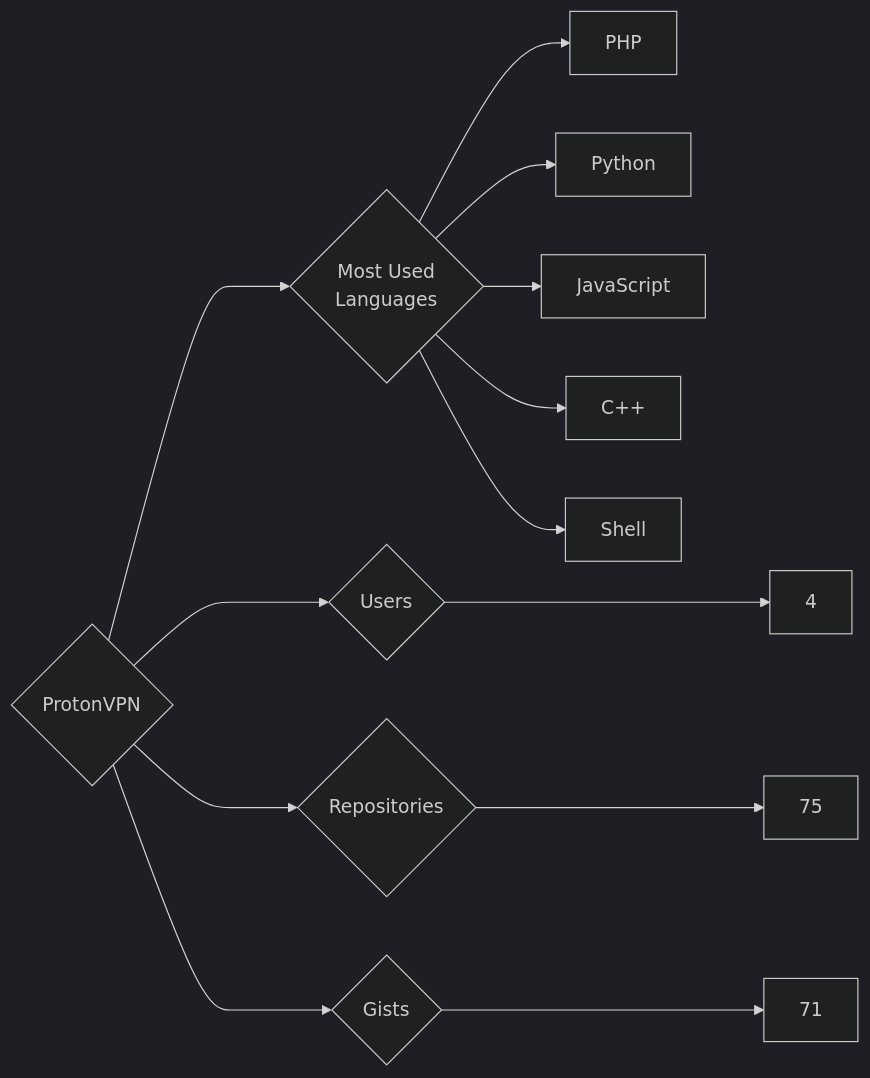
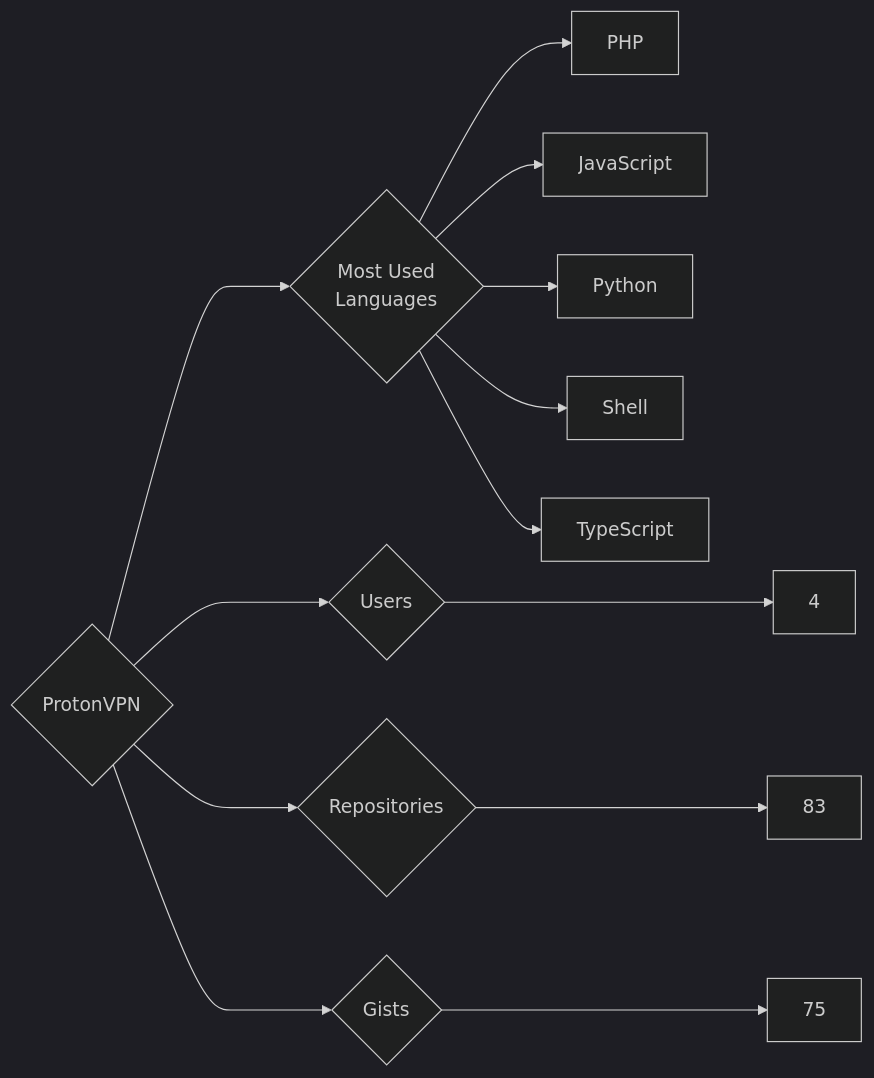
Before and after one commit to trickest/insiders: the diagram in targets/ProtonVPN/README.md, drawn with Mermaid (dark theme). The commit also changed 1484 other files, not shown here.

````diff
--- a/targets/ProtonVPN/README.md
+++ b/targets/ProtonVPN/README.md
@@ -3,13 +3,13 @@
 ```mermaid
 graph LR
 COMPANY_NAME{ProtonVPN}
 COMPANY_NAME ---> U{Users} ---> UN[4]
-COMPANY_NAME ---> R{Repositories} ---> RN[75]
-COMPANY_NAME ---> G{Gists} ---> GN[71]
+COMPANY_NAME ---> R{Repositories} ---> RN[83]
+COMPANY_NAME ---> G{Gists} ---> GN[75]
 COMPANY_NAME ---> ML{Most Used<br>Languages}
 ML --> PHP[PHP]
+ML --> JavaScript[JavaScript]
 ML --> Python[Python]
-ML --> JavaScript[JavaScript]
-ML --> C++[C++]
 ML --> Shell[Shell]
+ML --> TypeScript[TypeScript]
 ```
````
